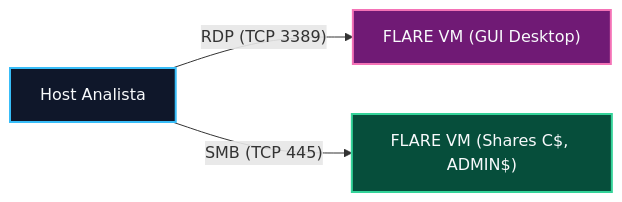
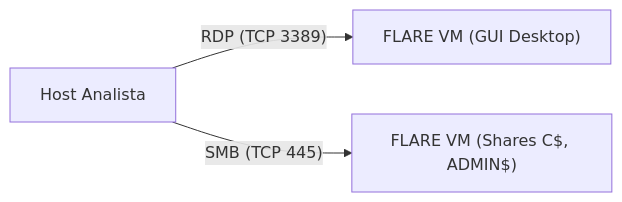
One commit to purpesec/Cybersecurity-For-Beginners changed the seventh of 7 diagrams in malware-analysis/01-arquitectura-windows-directorios-y-permisos/README.md. Above: the diagram before and after it, drawn with Mermaid. The commit also changed other lines of this file and 4 other files, not shown here.

Commit message:
style: remover classDef y colores personalizados para usar estilo nativo estandar de Mermaid

````diff
--- a/malware-analysis/01-arquitectura-windows-directorios-y-permisos/README.md
+++ b/malware-analysis/01-arquitectura-windows-directorios-y-permisos/README.md
@@ -254,9 +233,5 @@
 ```mermaid
 flowchart LR
-    classDef host fill:#0f172a,stroke:#38bdf8,stroke-width:2px,color:#f8fafc;
-    classDef rdp fill:#701a75,stroke:#f472b6,stroke-width:2px,color:#f8fafc;
-    classDef smb fill:#064e3b,stroke:#34d399,stroke-width:2px,color:#f8fafc;
-
-    L["Host Analista"]:::host -->|"RDP (TCP 3389)"| W_RDP["FLARE VM (GUI Desktop)"]:::rdp
-    L -->|"SMB (TCP 445)"| W_SMB["FLARE VM (Shares C$, ADMIN$)"]:::smb
+    L["Host Analista"] -->|"RDP (TCP 3389)"| W_RDP["FLARE VM (GUI Desktop)"]
+    L -->|"SMB (TCP 445)"| W_SMB["FLARE VM (Shares C$, ADMIN$)"]
 ```
````
